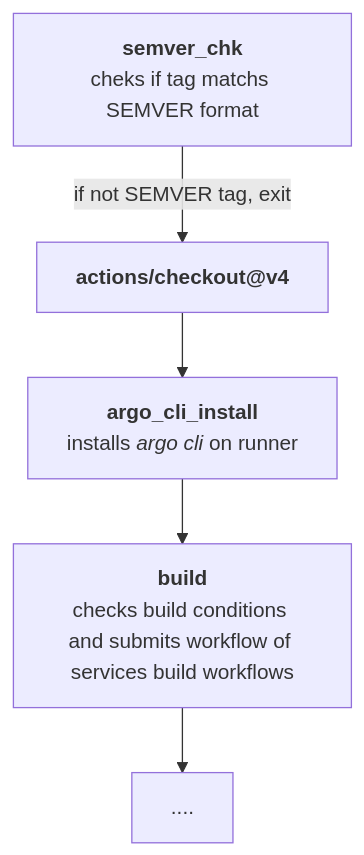
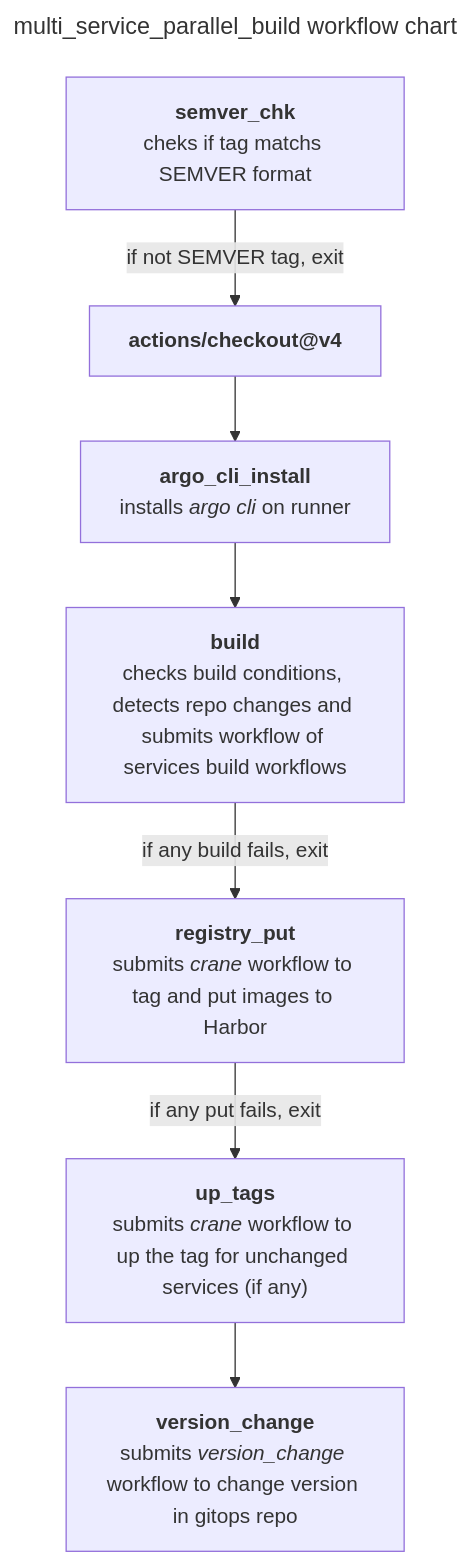
The diagram in docs/developers_guide/ci/GitHub_Action_Workflow.md (CloudGeometry/cg-devx-docs), drawn with Mermaid before and after one commit. The commit also changed 2 other files, not shown here.

Commit message:
GitHub_Action_Workflow and argo_workflows additions

````diff
--- a/docs/developers_guide/ci/GitHub_Action_Workflow.md
+++ b/docs/developers_guide/ci/GitHub_Action_Workflow.md
@@ -4,17 +4,25 @@
 ```mermaid
 ---
-title multi_service_parallel_build 
+title: multi_service_parallel_build  workflow chart
 ---
 flowchart 
 n1["`**semver_chk**`"
 cheks if tag matchs SEMVER format
 ]--if not SEMVER tag, exit-->
 n2["`**actions/checkout@v4**`"
 ]-->
 n3["`**argo_cli_install**
 installs _argo cli_  on runner`"]-->
 n4["`**build**`"
-checks build conditions and submits workflow of services build workflows 
-] -->
-n5[....]
+checks build conditions, detects repo changes and submits workflow of services build workflows 
+]-- if any build fails, exit -->
+n5["`**registry_put**
+submits _crane_ workflow to tag and put images to Harbor`"
+]-- if any put fails, exit -->
+n6["`**up_tags**
+submits _crane_ workflow to up the tag for unchanged services (if any)
+`"]-->
+n7["`**version_change**
+submits _version_change_ workflow to change version in gitops repo
+`"]
 ```
````
